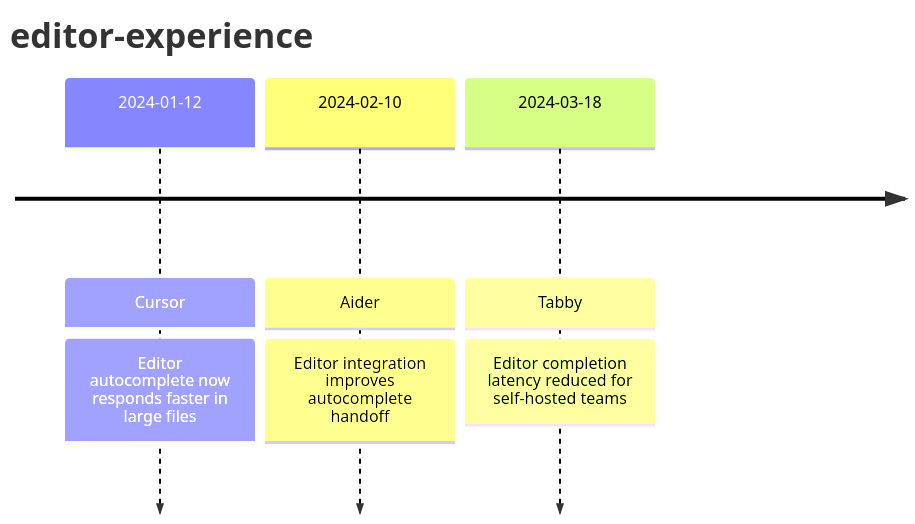
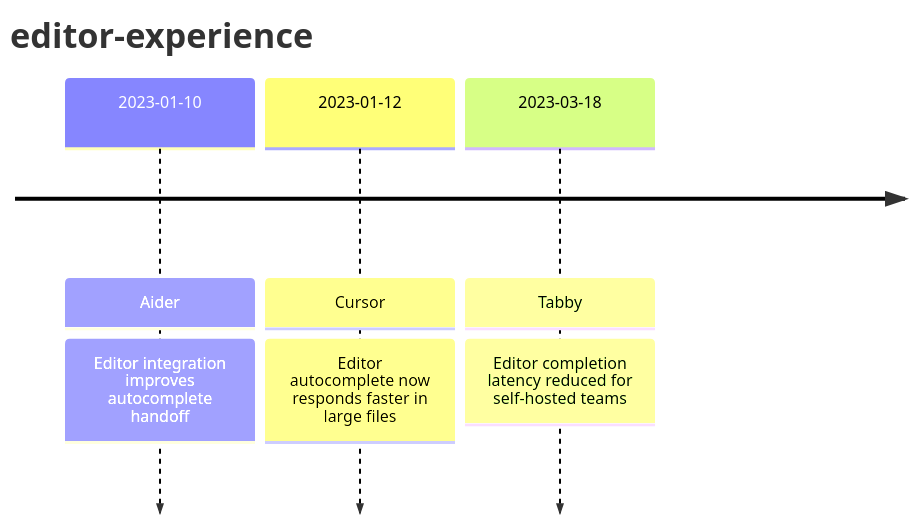
One commit to Wang-Shuo/chronolog changed the diagram in Themes/editor-experience.md. Above: the diagram before and after it, drawn with Mermaid. The commit also changed other lines of this file and 37 other files, not shown here.

````diff
--- a/Themes/editor-experience.md
+++ b/Themes/editor-experience.md
@@ -18,7 +18,7 @@
 ```mermaid
 timeline
     title editor-experience
-    2024-01-12 : Cursor : Editor autocomplete now responds faster in large files
-    2024-02-10 : Aider : Editor integration improves autocomplete handoff
-    2024-03-18 : Tabby : Editor completion latency reduced for self-hosted teams
+    2023-01-10 : Aider : Editor integration improves autocomplete handoff
+    2023-01-12 : Cursor : Editor autocomplete now responds faster in large files
+    2023-03-18 : Tabby : Editor completion latency reduced for self-hosted teams
 ```
````
